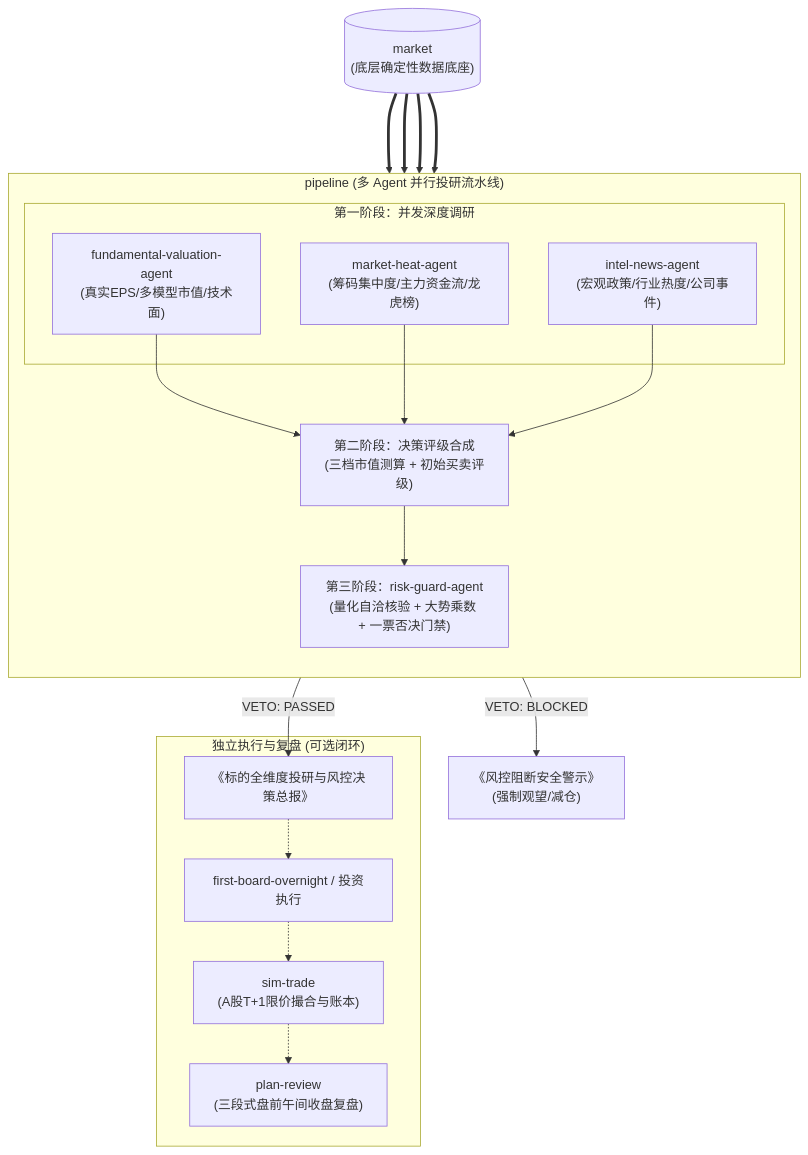
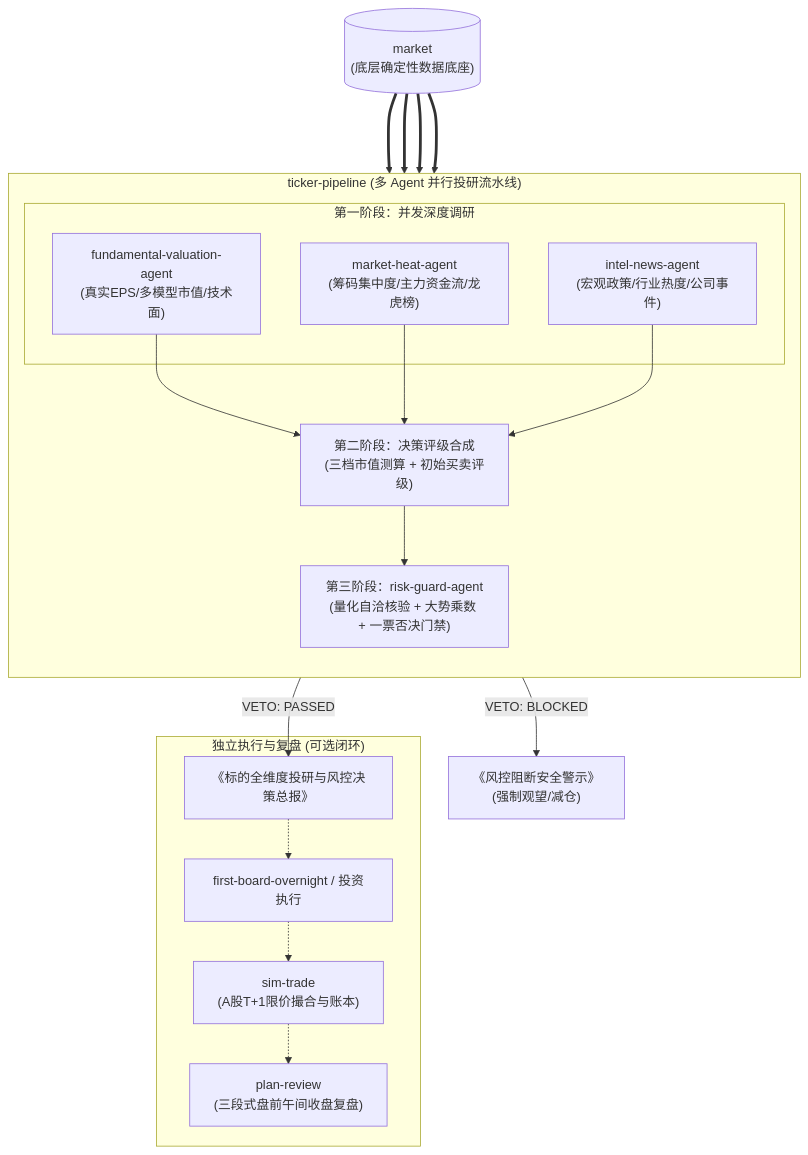
One commit to Fize/mmtickerlab changed the diagram in README.md. Above: the diagram before and after it, drawn with Mermaid. The commit also changed other lines of this file and 6 other files, not shown here.

Commit message:
refactor(ticker-pipeline): 重命名技能为 ticker-pipeline 并将 Subagent Prompts 拆分至独立文件

````diff
--- a/README.md
+++ b/README.md
@@ -29,24 +29,24 @@
 ```mermaid
 flowchart TD
-    subgraph 并行投研流水线 ["pipeline (多 Agent 并行投研流水线)"]
+    subgraph 并行投研流水线 ["ticker-pipeline (多 Agent 并行投研流水线)"]
         direction TB
         subgraph Phase1 ["第一阶段：并发深度调研"]
             P1A["fundamental-valuation-agent<br/>(真实EPS/多模型市值/技术面)"]
             P1B["market-heat-agent<br/>(筹码集中度/主力资金流/龙虎榜)"]
             P1C["intel-news-agent<br/>(宏观政策/行业热度/公司事件)"]
         end
         P1A & P1B & P1C --> Synth["第二阶段：决策评级合成<br/>(三档市值测算 + 初始买卖评级)"]
         Synth --> Phase3["第三阶段：risk-guard-agent<br/>(量化自洽核验 + 大势乘数 + 一票否决门禁)"]
     end
 
     Phase3 -->|VETO: PASSED| Report["《标的全维度投研与风控决策总报》"]
     Phase3 -->|VETO: BLOCKED| Blocked["《风控阻断安全警示》<br/>(强制观望/减仓)"]
 
     subgraph 独立执行与复盘 ["独立执行与复盘 (可选闭环)"]
         Report -.-> E["first-board-overnight / 投资执行"]
         E -.-> F["sim-trade<br/>(A股T+1限价撮合与账本)"]
         F -.-> G["plan-review<br/>(三段式盘前午间收盘复盘)"]
     end
 
     market[("market<br/>(底层确定性数据底座)")] ===> P1A & P1B & P1C & Phase3
 ```
````
